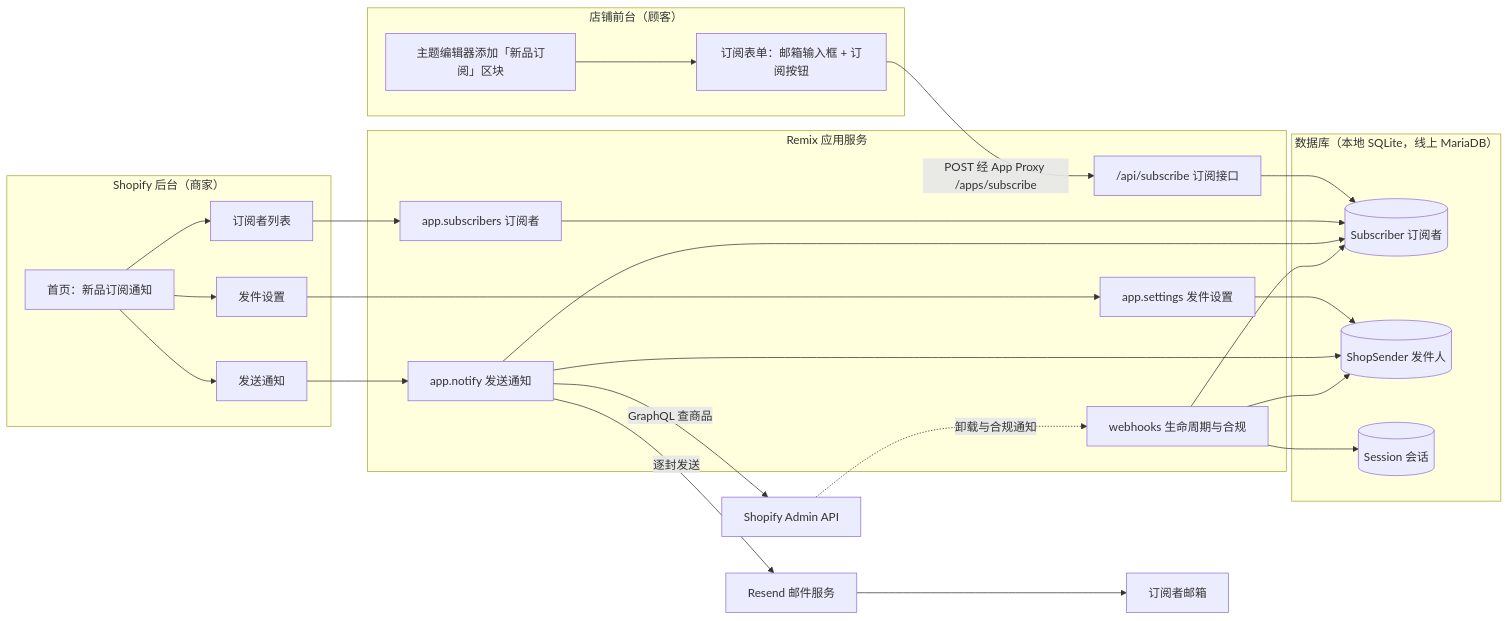
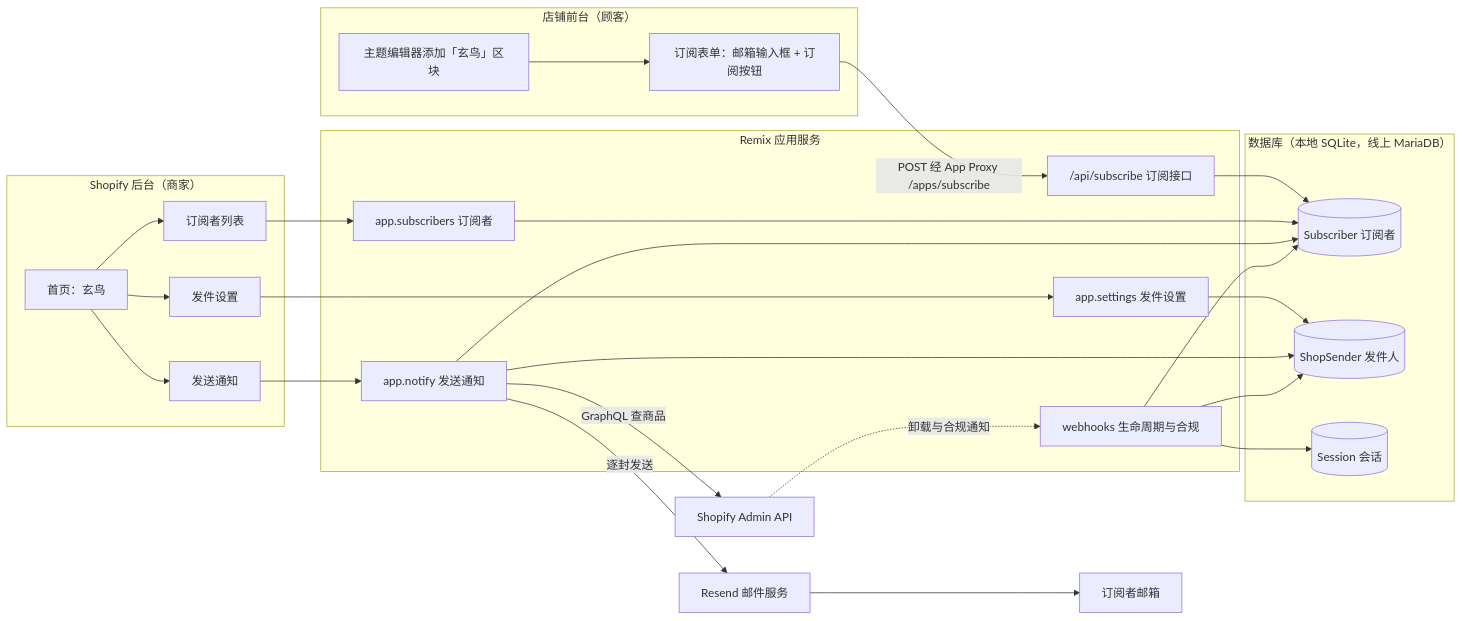
The first of 6 diagrams in docs/product-notify-flows.md (yplovecl/shopify-product-notify), drawn with Mermaid before and after one commit. The commit also changed other lines of this file and 7 other files, not shown here.

````diff
--- a/docs/product-notify-flows.md
+++ b/docs/product-notify-flows.md
@@ -26,45 +26,45 @@
 ```mermaid
 flowchart LR
     subgraph Storefront["店铺前台（顾客）"]
-        A["主题编辑器添加「新品订阅」区块"] --> B["订阅表单：邮箱输入框 + 订阅按钮"]
+        A["主题编辑器添加「玄鸟」区块"] --> B["订阅表单：邮箱输入框 + 订阅按钮"]
     end
 
     subgraph Admin["Shopify 后台（商家）"]
-        H["首页：新品订阅通知"]
+        H["首页：玄鸟"]
         S1["发件设置"]
         S2["订阅者列表"]
         S3["发送通知"]
         H --> S1
         H --> S2
         H --> S3
     end
 
     subgraph App["Remix 应用服务"]
         P["/api/subscribe 订阅接口"]
         R1["app.settings 发件设置"]
         R2["app.subscribers 订阅者"]
         R3["app.notify 发送通知"]
         W["webhooks 生命周期与合规"]
     end
 
     subgraph DB["数据库（本地 SQLite，线上 MariaDB）"]
         T1[("Subscriber 订阅者")]
         T2[("ShopSender 发件人")]
         T3[("Session 会话")]
     end
 
     B -->|"POST 经 App Proxy /apps/subscribe"| P
     P --> T1
     S1 --> R1 --> T2
     S2 --> R2 --> T1
     S3 --> R3
     R3 --> T1
     R3 --> T2
     R3 -->|"GraphQL 查商品"| SH["Shopify Admin API"]
     R3 -->|"逐封发送"| RS["Resend 邮件服务"]
     RS --> M["订阅者邮箱"]
     SH -.->|"卸载与合规通知"| W
     W --> T1
     W --> T2
     W --> T3
 ```
````
